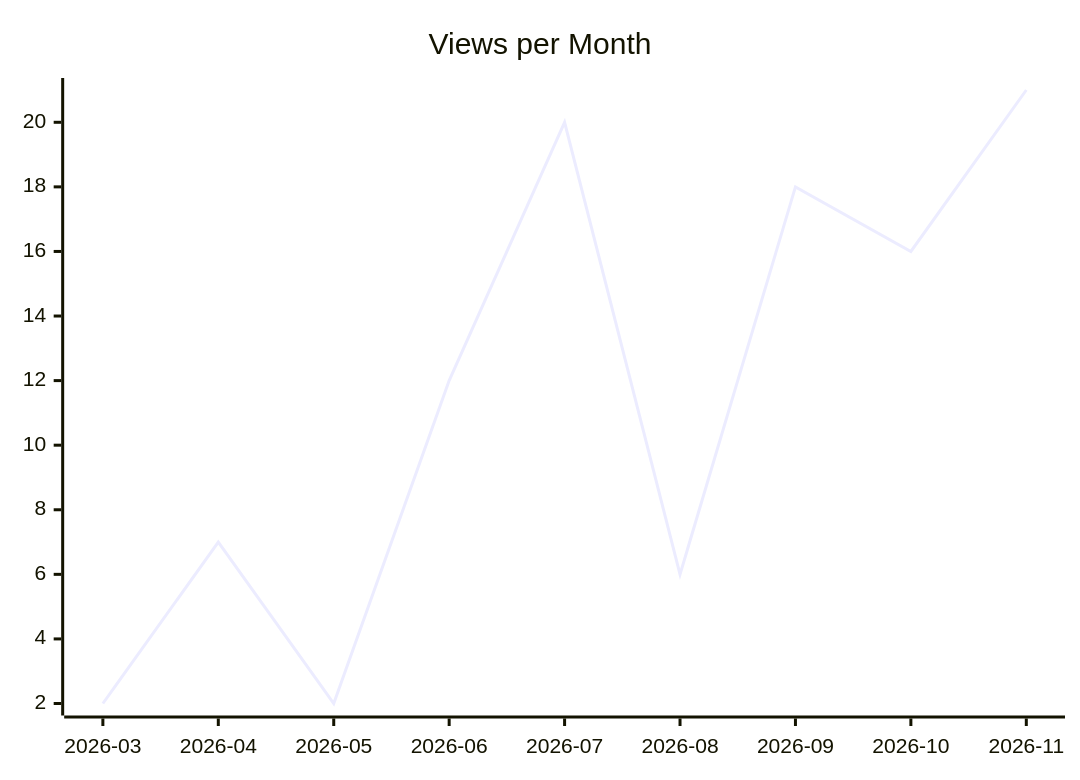
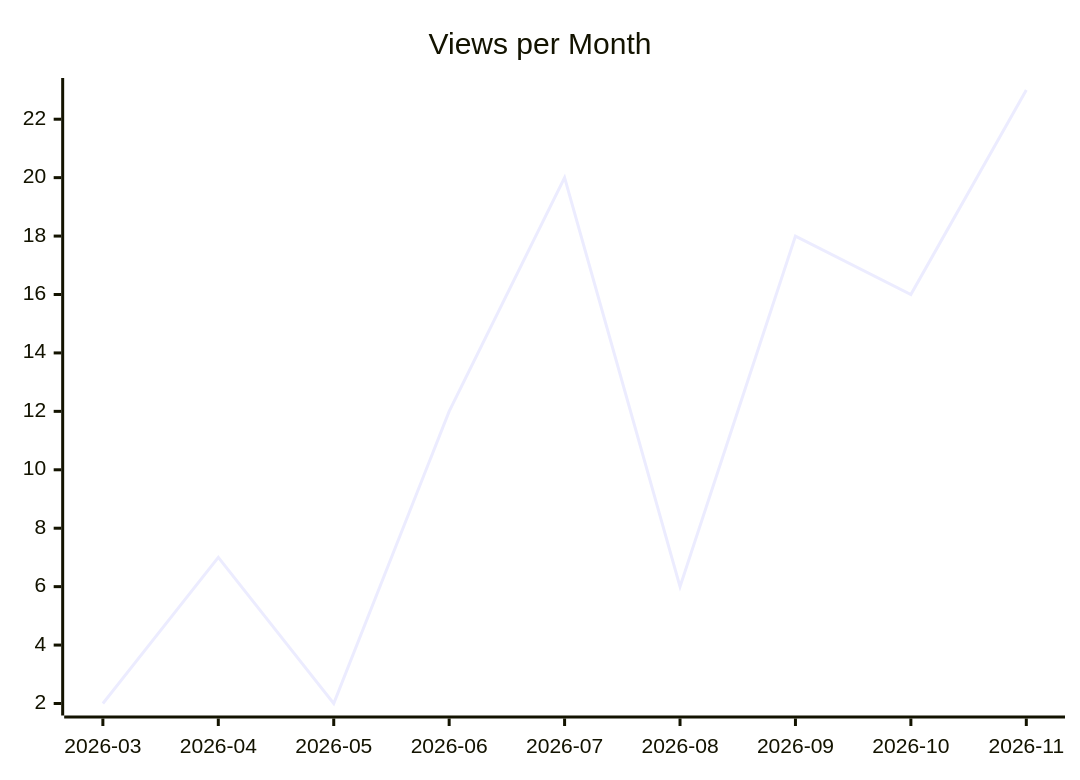
The second of 3 diagrams in karlmdavis/fhir-benchmarks/README.md (justdavis-family/github-analytics-data), drawn with Mermaid before and after one commit. The commit also changed other lines of this file and 196 other files, not shown here.

````diff
--- a/karlmdavis/fhir-benchmarks/README.md
+++ b/karlmdavis/fhir-benchmarks/README.md
@@ -12,6 +12,6 @@
 ```mermaid
 xychart-beta
   title "Views per Month"
   x-axis ["2026-03", "2026-04", "2026-05", "2026-06", "2026-07", "2026-08", "2026-09", "2026-10", "2026-11"]
-  line [2, 7, 2, 12, 20, 6, 18, 16, 21]
+  line [2, 7, 2, 12, 20, 6, 18, 16, 23]
 ```
````
